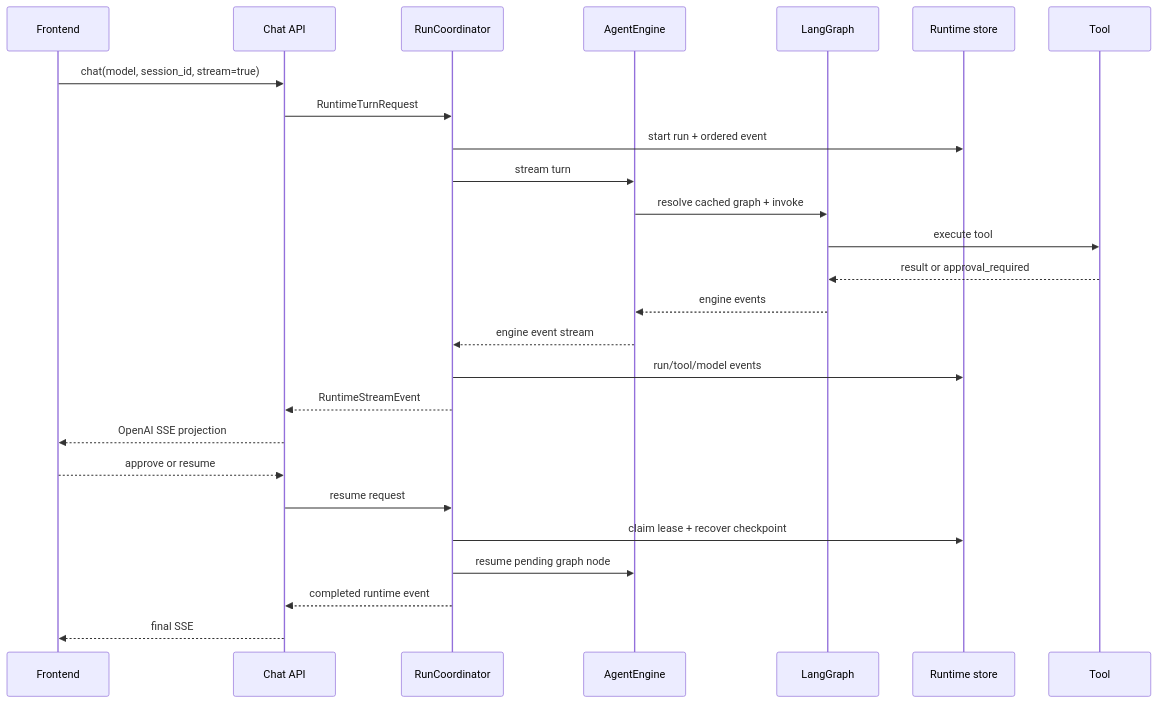
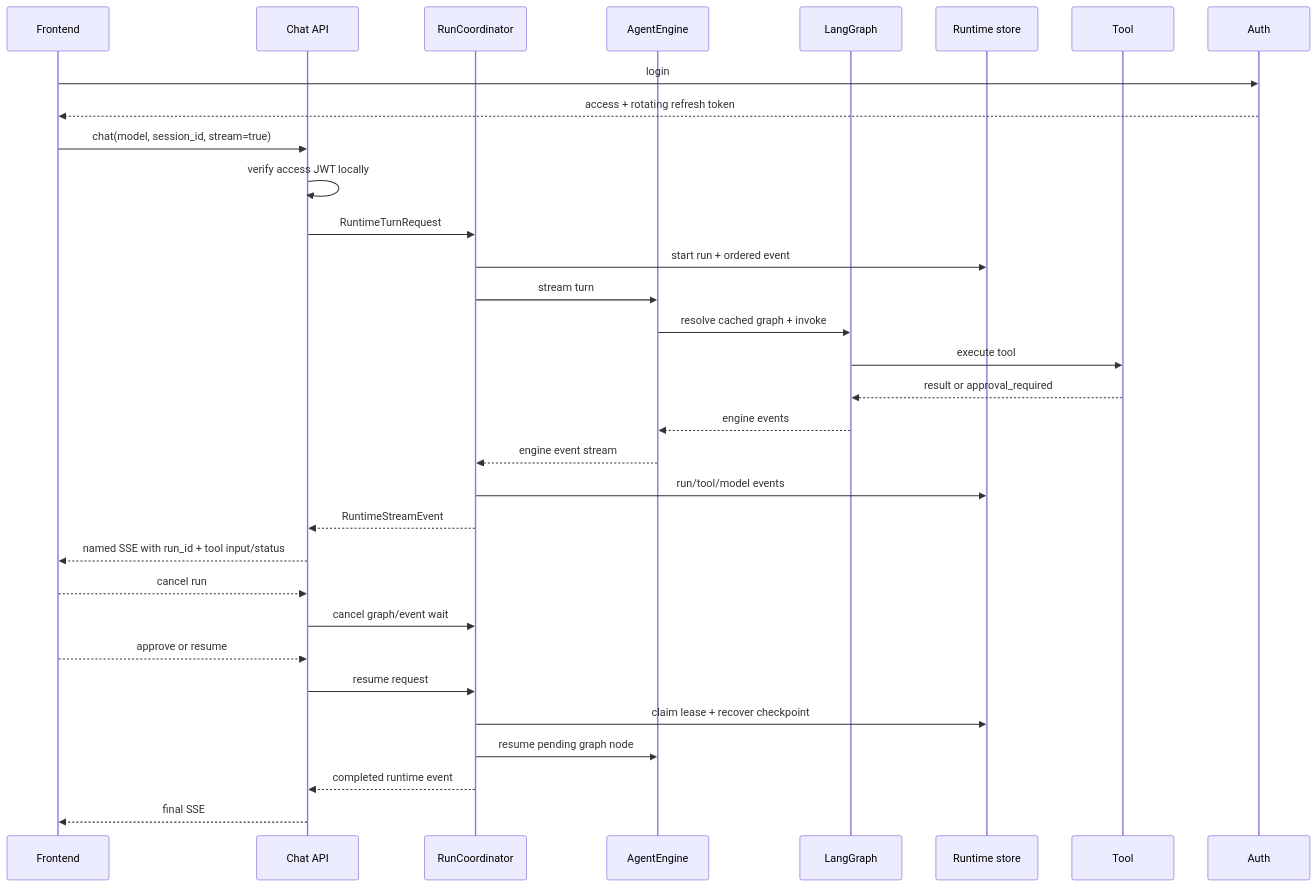
The second of 2 diagrams in platform/docs/design/CURRENT-ARCHITECTURE.md (E-Coli-BW/mcp-agent-platform), drawn with Mermaid before and after one commit. The commit also changed other lines of this file and 1 other file, not shown here.

Commit message:
docs(architecture): align runtime and API contracts

````diff
--- a/platform/docs/design/CURRENT-ARCHITECTURE.md
+++ b/platform/docs/design/CURRENT-ARCHITECTURE.md
@@ -105,28 +165,34 @@
 ```mermaid
 sequenceDiagram
   participant UI as Frontend
   participant API as Chat API
   participant R as RunCoordinator
   participant E as AgentEngine
   participant G as LangGraph
   participant S as Runtime store
   participant T as Tool
+  participant A as Auth
+  UI->>A: login
+  A-->>UI: access + rotating refresh token
   UI->>API: chat(model, session_id, stream=true)
+  API->>API: verify access JWT locally
   API->>R: RuntimeTurnRequest
   R->>S: start run + ordered event
   R->>E: stream turn
   E->>G: resolve cached graph + invoke
   G->>T: execute tool
   T-->>G: result or approval_required
   G-->>E: engine events
   E-->>R: engine event stream
   R->>S: run/tool/model events
   R-->>API: RuntimeStreamEvent
-  API-->>UI: OpenAI SSE projection
+  API-->>UI: named SSE with run_id + tool input/status
+  UI-->>API: cancel run
+  API->>R: cancel graph/event wait
   UI-->>API: approve or resume
   API->>R: resume request
   R->>S: claim lease + recover checkpoint
   R->>E: resume pending graph node
   R-->>API: completed runtime event
   API-->>UI: final SSE
 ```
````
